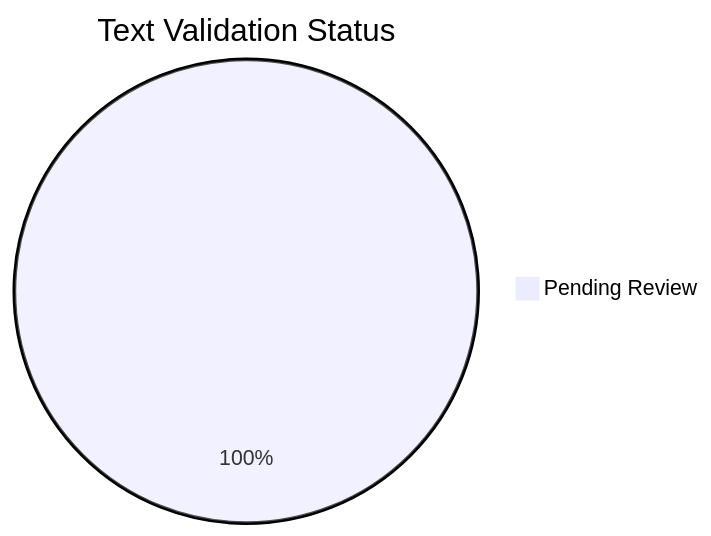
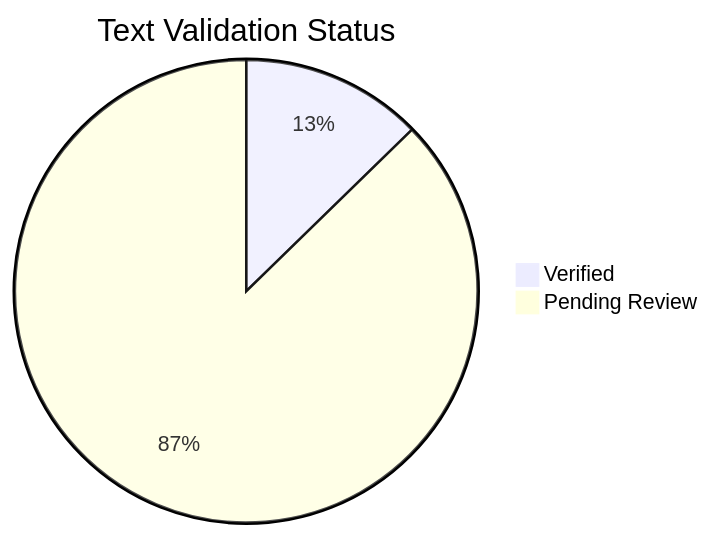
Before and after one commit to yeongseon/azure-kubernetes-service-practical-guide: the diagram in docs/reference/content-validation-status.md, drawn with Mermaid. The commit also changed other lines of this file and 8 other files, not shown here.

````diff
--- a/docs/reference/content-validation-status.md
+++ b/docs/reference/content-validation-status.md
@@ -46,4 +46,5 @@
 ```mermaid
 pie title Text Validation Status
-    "Pending Review" : 63
+    "Verified" : 8
+    "Pending Review" : 55
 ```
````
